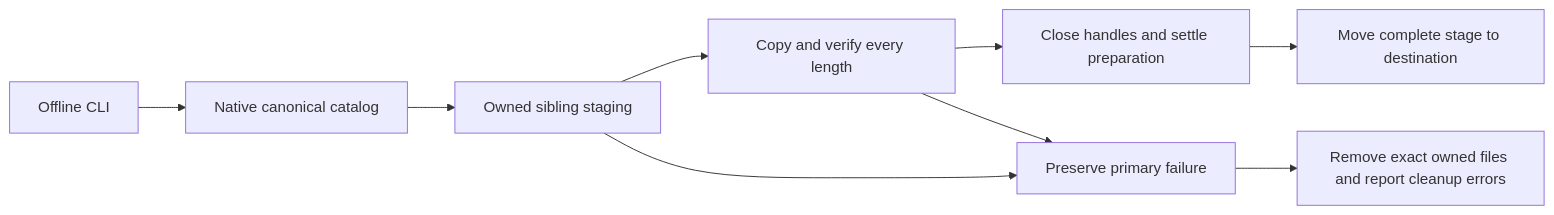
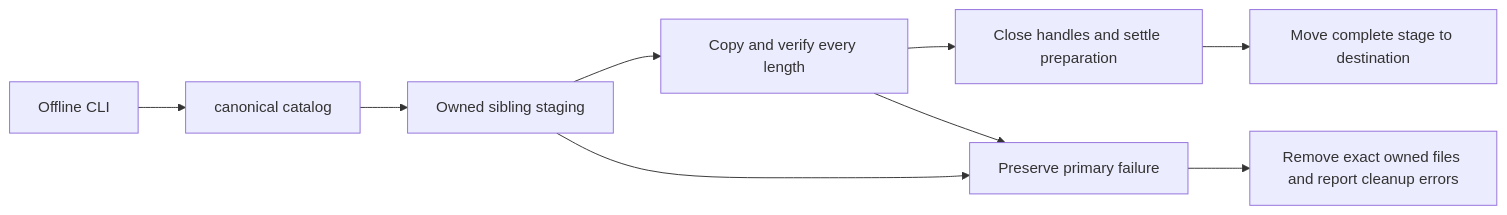
One commit to managedcode/KeyLoad changed the diagram in docs/ADR/ADR-114-verified-artifact-publication.md. Above: the diagram before and after it, drawn with Mermaid. The commit also changed other lines of this file and 9016 other files, not shown here.

````diff
--- a/docs/ADR/ADR-114-verified-artifact-publication.md
+++ b/docs/ADR/ADR-114-verified-artifact-publication.md
@@ -59,11 +59,11 @@
 ```mermaid
 flowchart LR
-    CLI[Offline CLI] --> Catalog[Native canonical catalog]
+    CLI[Offline CLI] --> Catalog[canonical catalog]
     Catalog --> Stage[Owned sibling staging]
     Stage --> Check[Copy and verify every length]
     Check --> Close[Close handles and settle preparation]
     Close --> Publish[Move complete stage to destination]
     Stage --> Reject[Preserve primary failure]
     Check --> Reject
     Reject --> Cleanup[Remove exact owned files and report cleanup errors]
 ```
````
